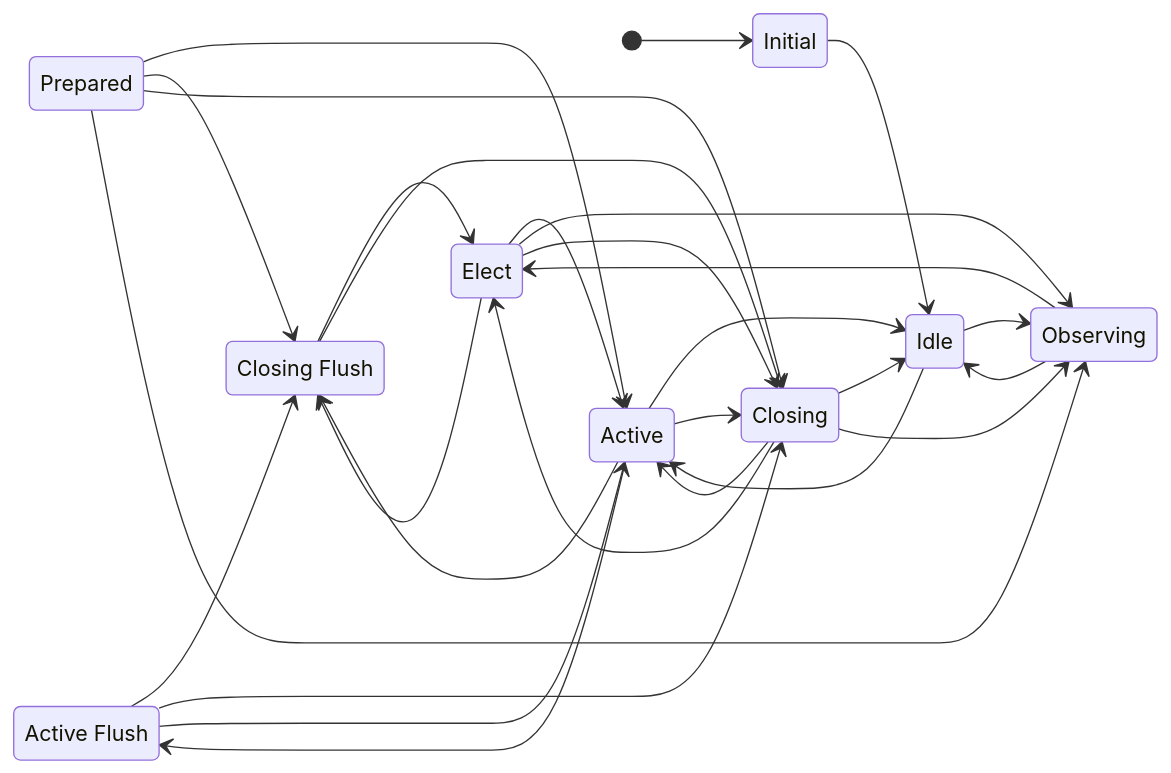
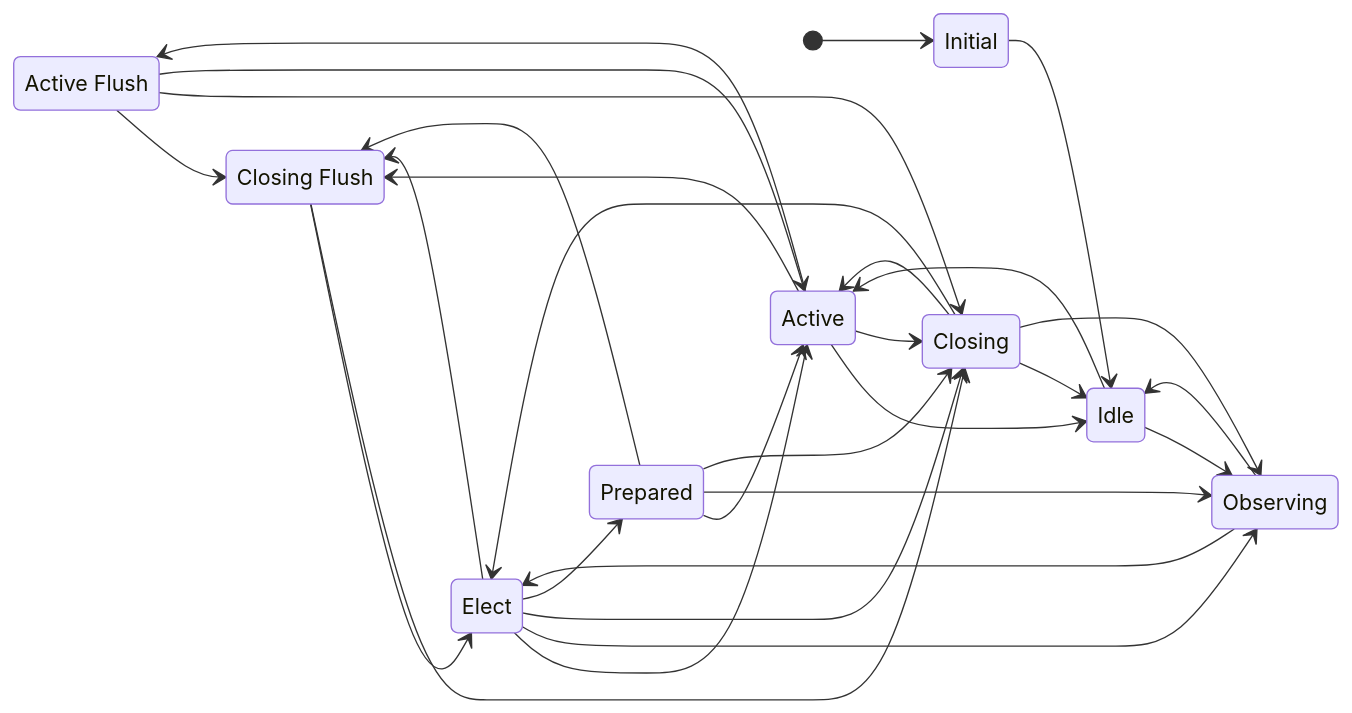
One commit to yosrahelal/paladin changed the first of 4 diagrams in doc-site/docs/architecture/distributed_sequencer_state_machine.md. Above: the diagram before and after it, drawn with Mermaid. The commit also changed other lines of this file and 14 other files, not shown here.

````diff
--- a/doc-site/docs/architecture/distributed_sequencer_state_machine.md
+++ b/doc-site/docs/architecture/distributed_sequencer_state_machine.md
@@ -9,34 +9,35 @@
 ```mermaid
 %%{init: {'themeVariables': {'background': 'transparent'}}}%%
 stateDiagram-v2
     direction LR
     state "Active Flush" as Active_Flush
     state "Closing Flush" as Closing_Flush
     [*] --> Initial
     Initial --> Idle
     Idle --> Observing
     Idle --> Active
     Observing --> Idle
     Observing --> Elect
     Elect --> Active
     Elect --> Observing
     Elect --> Closing_Flush
     Elect --> Closing
+    Elect --> Prepared
     Prepared --> Active
+    Prepared --> Observing
     Prepared --> Closing_Flush
     Prepared --> Closing
-    Prepared --> Observing
     Active --> Idle
     Active --> Closing_Flush
     Active --> Closing
     Active --> Active_Flush
     Active_Flush --> Closing_Flush
     Active_Flush --> Closing
     Active_Flush --> Active
     Closing_Flush --> Elect
     Closing_Flush --> Closing
     Closing --> Idle
     Closing --> Observing
     Closing --> Elect
     Closing --> Active
 ```
````
